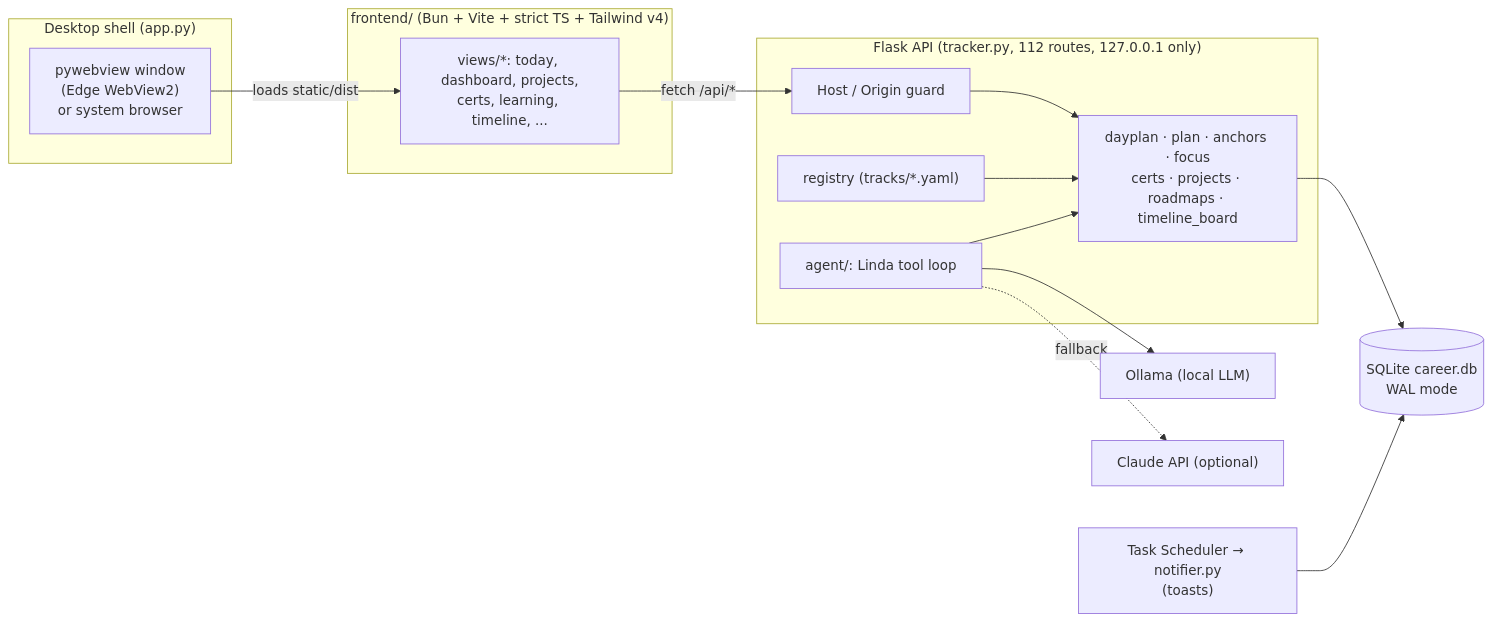
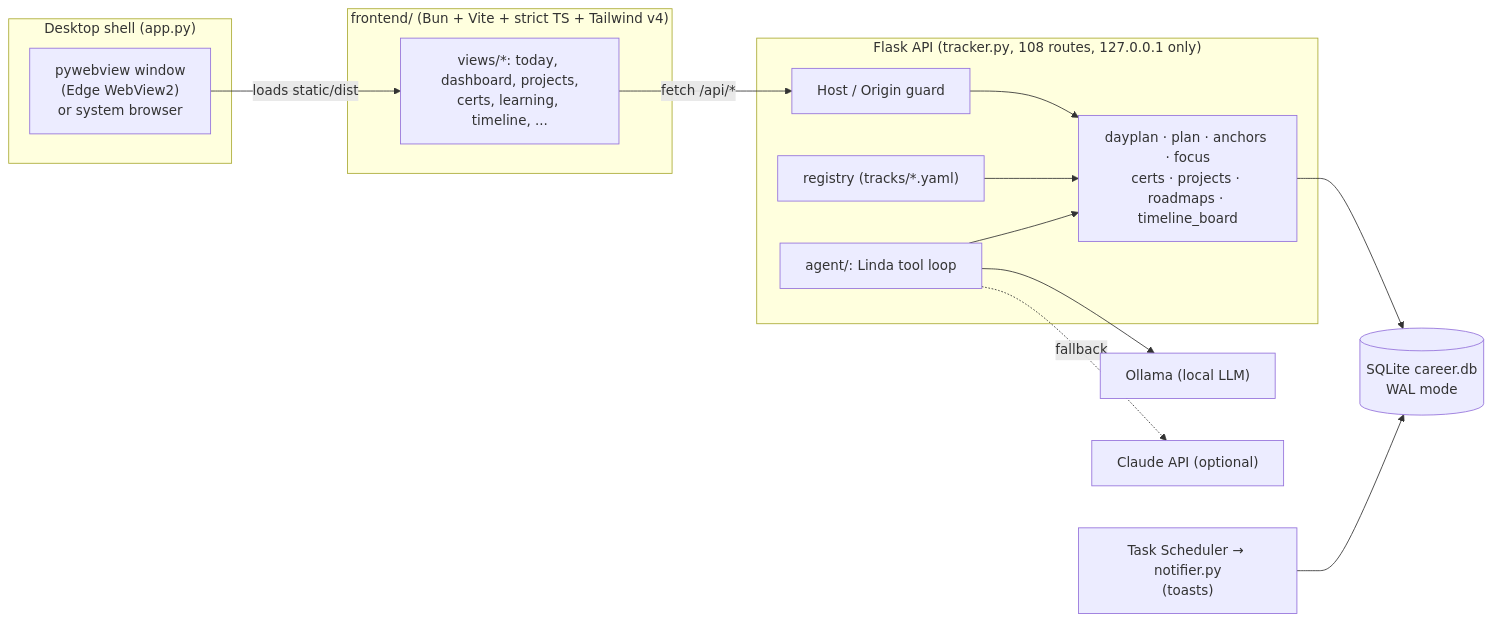
The diagram in README.md (aaronk2001/ascent-career-os), drawn with Mermaid before and after one commit. The commit also changed other lines of this file and 43 other files, not shown here.

````diff
--- a/README.md
+++ b/README.md
@@ -87,29 +108,29 @@
 ```mermaid
 flowchart LR
   subgraph Desktop["Desktop shell (app.py)"]
     WV["pywebview window<br/>(Edge WebView2)<br/>or system browser"]
   end
   subgraph SPA["frontend/ (Bun + Vite + strict TS + Tailwind v4)"]
     Views["views/*: today, dashboard, projects,<br/>certs, learning, timeline, ..."]
   end
-  subgraph API["Flask API (tracker.py, 112 routes, 127.0.0.1 only)"]
+  subgraph API["Flask API (tracker.py, 108 routes, 127.0.0.1 only)"]
     Guard["Host / Origin guard"]
     Domain["dayplan · plan · anchors · focus<br/>certs · projects · roadmaps · timeline_board"]
     Registry["registry (tracks/*.yaml)"]
     Agent["agent/: Linda tool loop"]
   end
   DB[("SQLite career.db<br/>WAL mode")]
   Ollama["Ollama (local LLM)"]
   Claude["Claude API (optional)"]
   Sched["Task Scheduler → notifier.py<br/>(toasts)"]
 
   WV -->|loads static/dist| Views
   Views -->|fetch /api/*| Guard
   Guard --> Domain
   Domain --> DB
   Registry --> Domain
   Agent --> Domain
   Agent --> Ollama
   Agent -.fallback.-> Claude
   Sched --> DB
 ```
````
